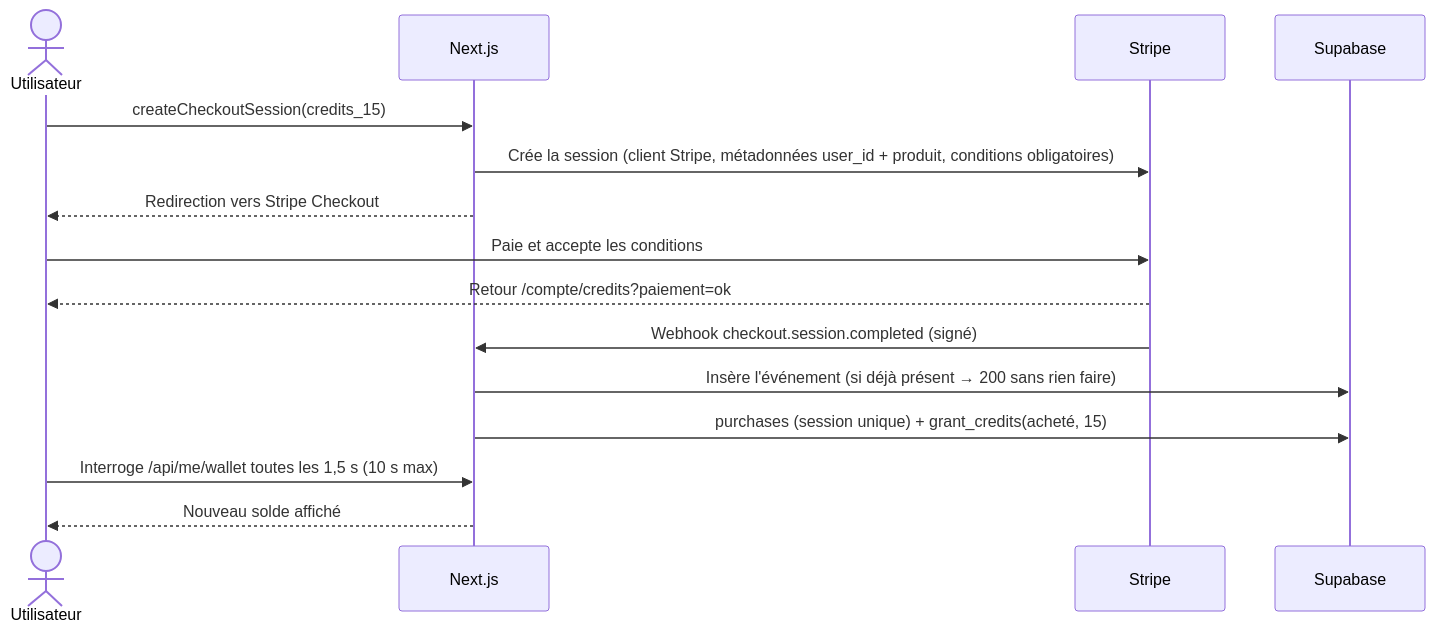
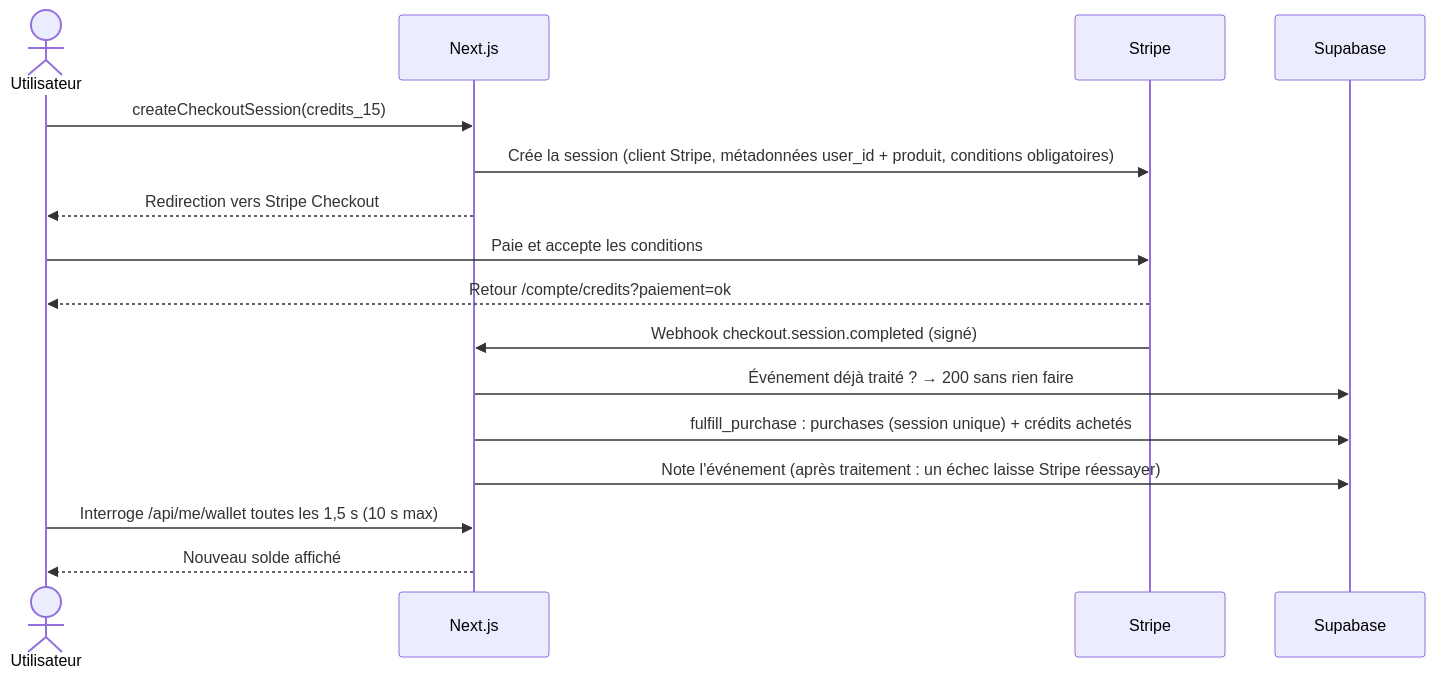
The second of 6 diagrams in docs/system-design.md (Kelenix/Mon-cv-en-30-minutes), drawn with Mermaid before and after one commit. The commit also changed other lines of this file and 59 other files, not shown here.

````diff
--- a/docs/system-design.md
+++ b/docs/system-design.md
@@ -192,17 +192,18 @@
 ```mermaid
 sequenceDiagram
   actor U as Utilisateur
   participant N as Next.js
   participant S as Stripe
   participant DB as Supabase
   U->>N: createCheckoutSession(credits_15)
   N->>S: Crée la session (client Stripe, métadonnées user_id + produit, conditions obligatoires)
   N-->>U: Redirection vers Stripe Checkout
   U->>S: Paie et accepte les conditions
   S-->>U: Retour /compte/credits?paiement=ok
   S->>N: Webhook checkout.session.completed (signé)
-  N->>DB: Insère l'événement (si déjà présent → 200 sans rien faire)
-  N->>DB: purchases (session unique) + grant_credits(acheté, 15)
+  N->>DB: Événement déjà traité ? → 200 sans rien faire
+  N->>DB: fulfill_purchase : purchases (session unique) + crédits achetés
+  N->>DB: Note l'événement (après traitement : un échec laisse Stripe réessayer)
   U->>N: Interroge /api/me/wallet toutes les 1,5 s (10 s max)
   N-->>U: Nouveau solde affiché
 ```
````
